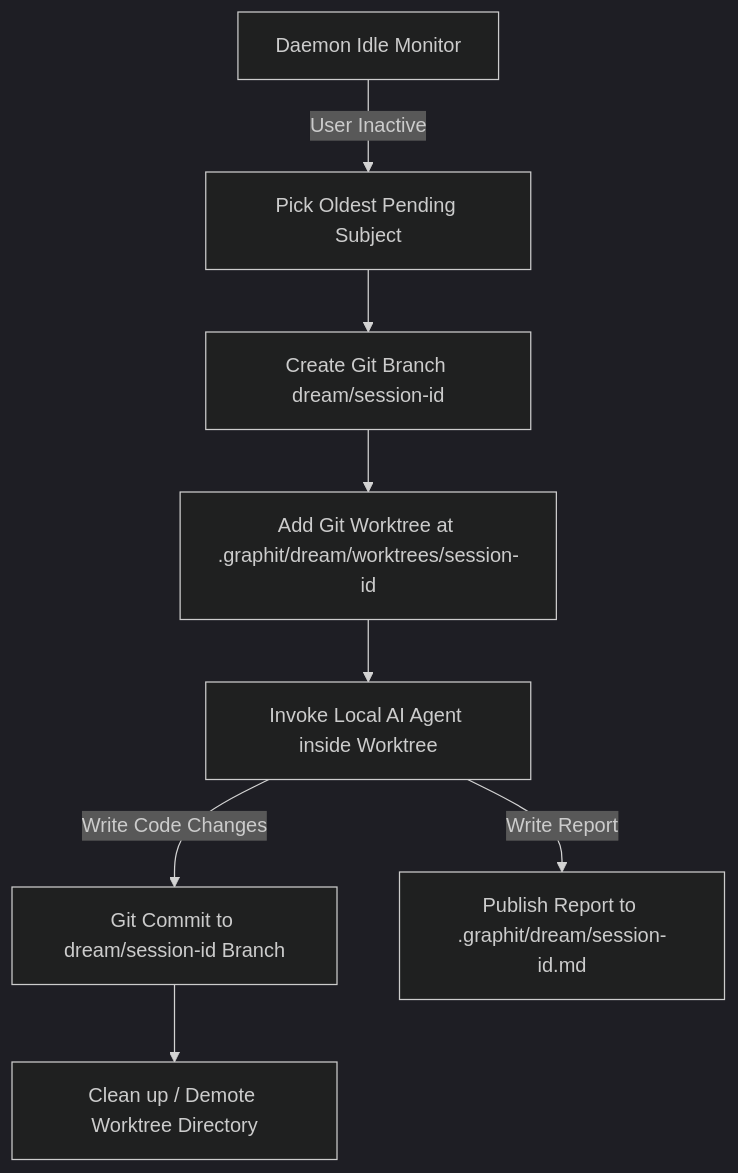
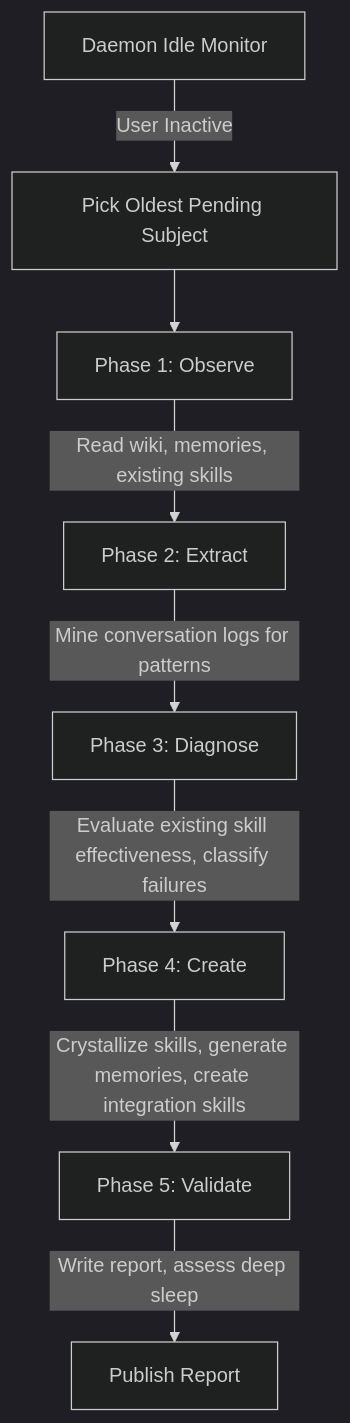
One commit to graphit-labs/graphit-code changed the diagram in docs/specs/dream_module.md. Above: the diagram before and after it, drawn with Mermaid (dark theme). The commit also changed other lines of this file and 13 other files, not shown here.

Commit message:
refactor: repurpose Dream module from code refactoring to autonomous knowledge mining and skill crystallization

````diff
--- a/docs/specs/dream_module.md
+++ b/docs/specs/dream_module.md
@@ -32,10 +33,10 @@
 ```mermaid
 graph TD
     A[Daemon Idle Monitor] -->|User Inactive| B[Pick Oldest Pending Subject]
-    B --> C[Create Git Branch dream/session-id]
-    C --> D[Add Git Worktree at .graphit/dream/worktrees/session-id]
-    D --> E[Invoke Local AI Agent inside Worktree]
-    E -->|Write Code Changes| F[Git Commit to dream/session-id Branch]
-    E -->|Write Report| G[Publish Report to .graphit/dream/session-id.md]
-    F --> H[Clean up / Demote Worktree Directory]
+    B --> C["Phase 1: Observe"]
+    C -->|Read wiki, memories, existing skills| D["Phase 2: Extract"]
+    D -->|Mine conversation logs for patterns| E["Phase 3: Diagnose"]
+    E -->|Evaluate existing skill effectiveness, classify failures| F["Phase 4: Create"]
+    F -->|Crystallize skills, generate memories, create integration skills| G["Phase 5: Validate"]
+    G -->|Write report, assess deep sleep| H[Publish Report]
 ```
````
